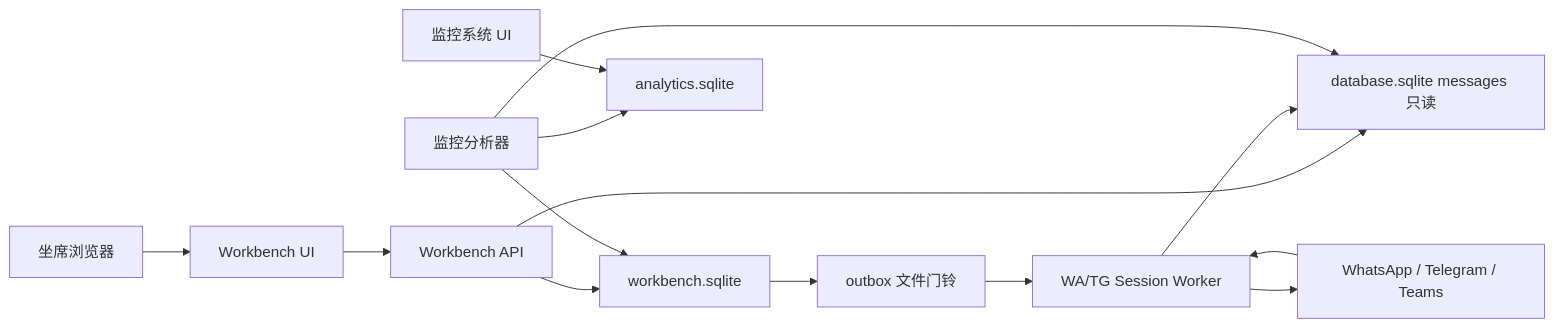
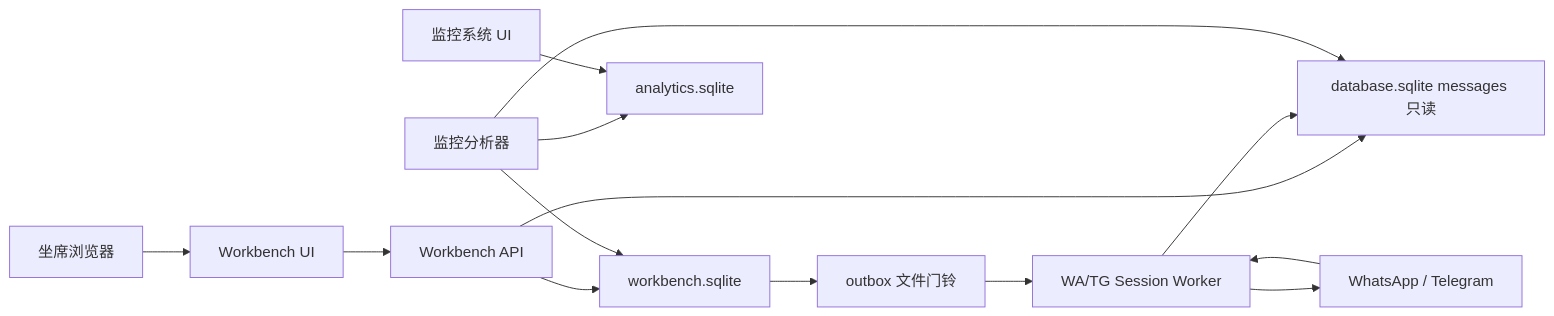
The diagram in workbench/DEVELOPMENT_GUIDE.md (Nocturneyang/-1469), drawn with Mermaid before and after one commit. The commit also changed other lines of this file and 147 other files, not shown here.

````diff
--- a/workbench/DEVELOPMENT_GUIDE.md
+++ b/workbench/DEVELOPMENT_GUIDE.md
@@ -116,21 +116,21 @@
 ```mermaid
 flowchart LR
   User["坐席浏览器"] --> UI["Workbench UI"]
   UI --> API["Workbench API"]
 
   API --> WDB["workbench.sqlite"]
   API --> RawDB["database.sqlite messages 只读"]
 
   WDB --> Doorbell["outbox 文件门铃"]
   Doorbell --> Worker["WA/TG Session Worker"]
-  Worker --> Channel["WhatsApp / Telegram / Teams"]
+  Worker --> Channel["WhatsApp / Telegram"]
 
   Channel --> Worker
   Worker --> RawDB
 
   Analyzer["监控分析器"] --> RawDB
   Analyzer --> WDB
   Analyzer --> AnalyticsDB["analytics.sqlite"]
 
   MonitorUI["监控系统 UI"] --> AnalyticsDB
 ```
````
